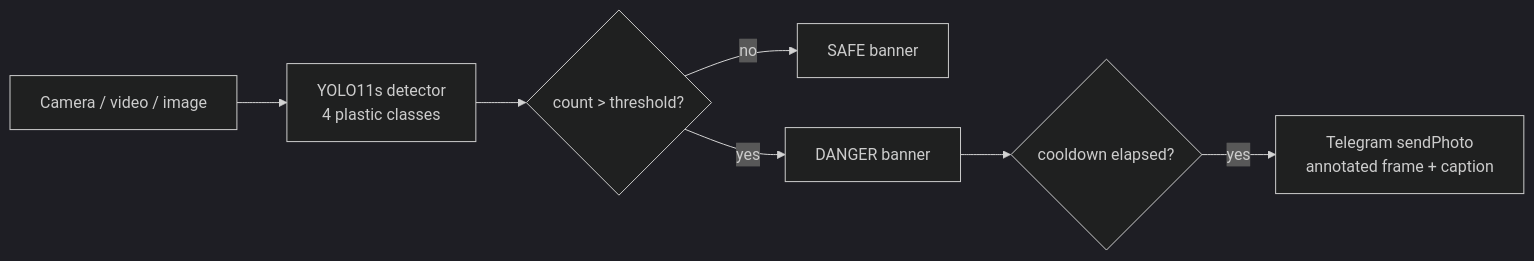
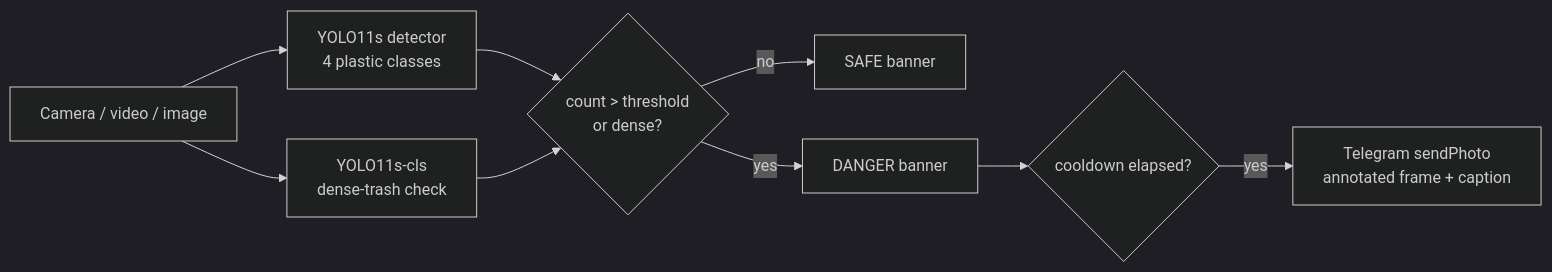
The diagram in README.md (Alb138/RiverGuard), drawn with Mermaid (dark theme) before and after one commit. The commit also changed other lines of this file and 21 other files, not shown here.

First line of the commit message:
Add dense-trash classifier and v3 data pipeline

````diff
--- a/README.md
+++ b/README.md
@@ -25,9 +26,11 @@
 ```mermaid
 flowchart LR
     A[Camera / video / image] --> B[YOLO11s detector<br/>4 plastic classes]
-    B --> C{count &gt; threshold?}
+    A --> H[YOLO11s-cls<br/>dense-trash check]
+    B --> C{count &gt; threshold<br/>or dense?}
+    H --> C
     C -- no --> D[SAFE banner]
     C -- yes --> E[DANGER banner]
     E --> F{cooldown elapsed?}
     F -- yes --> G[Telegram sendPhoto<br/>annotated frame + caption]
 ```
````
